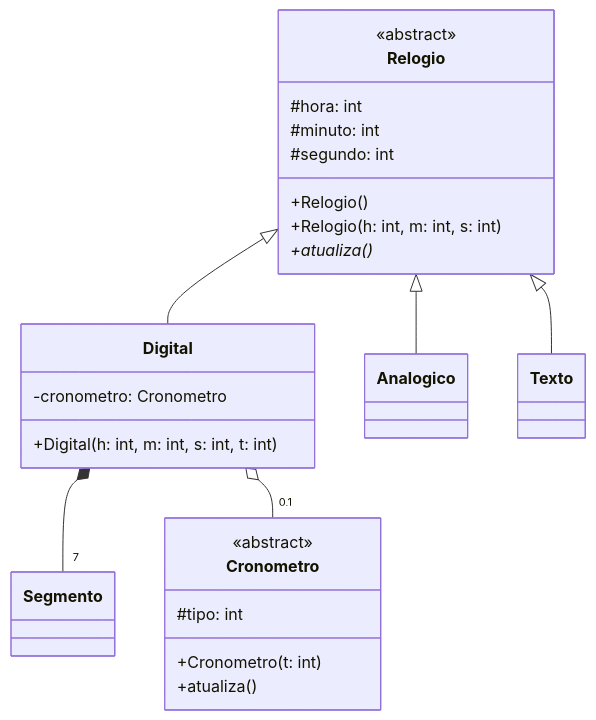
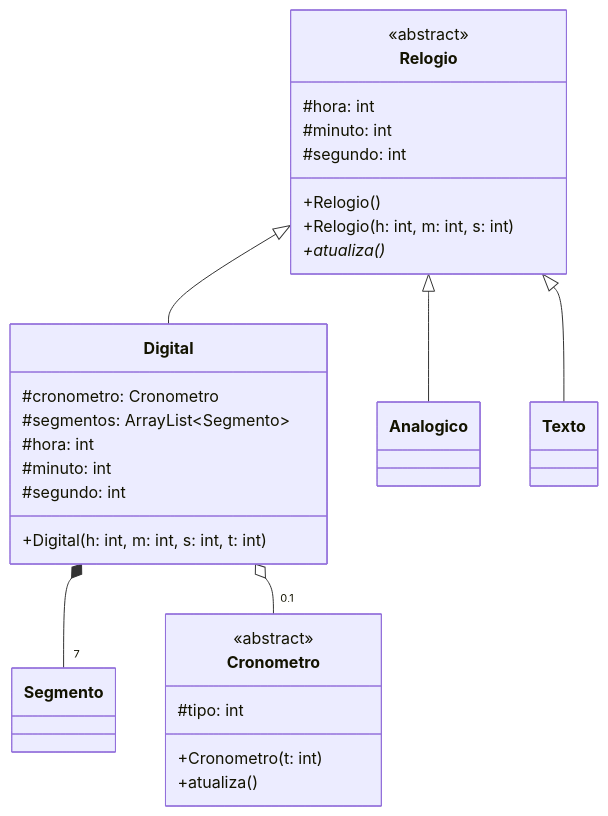
One commit to lololibc/POO changed the diagram in lab-05/src/main/java/poo/Readme.md. Above: the diagram before and after it, drawn with Mermaid. The commit also changed 5 other files, not shown here.

````diff
--- a/lab-05/src/main/java/poo/Readme.md
+++ b/lab-05/src/main/java/poo/Readme.md
@@ -3,37 +3,41 @@
 ```mermaid
 classDiagram
     Relogio <|-- Digital
     Relogio <|-- Analogico
     Relogio <|-- Texto
     Digital *-- "7" Segmento
     Digital o-- "0,1" Cronometro
     
     class Relogio{
         <<abstract>>
         #hora: int
         #minuto: int
         #segundo: int
         +Relogio()
         +Relogio(h: int, m: int, s: int)
         +atualiza()*
     }
     class Digital{
-        -cronometro: Cronometro
+        #cronometro: Cronometro
+        #segmentos: ArrayList~Segmento~
+        #hora: int
+        #minuto: int
+        #segundo: int        
         +Digital(h: int, m: int, s: int, t: int)
     }
     class Analogico{
         
     }
     class Texto{
         
     }
     class Segmento{
         
     }
     class Cronometro{
         <<abstract>>
         #tipo: int
         +Cronometro(t: int)
         +atualiza()
     }
 ```
````
